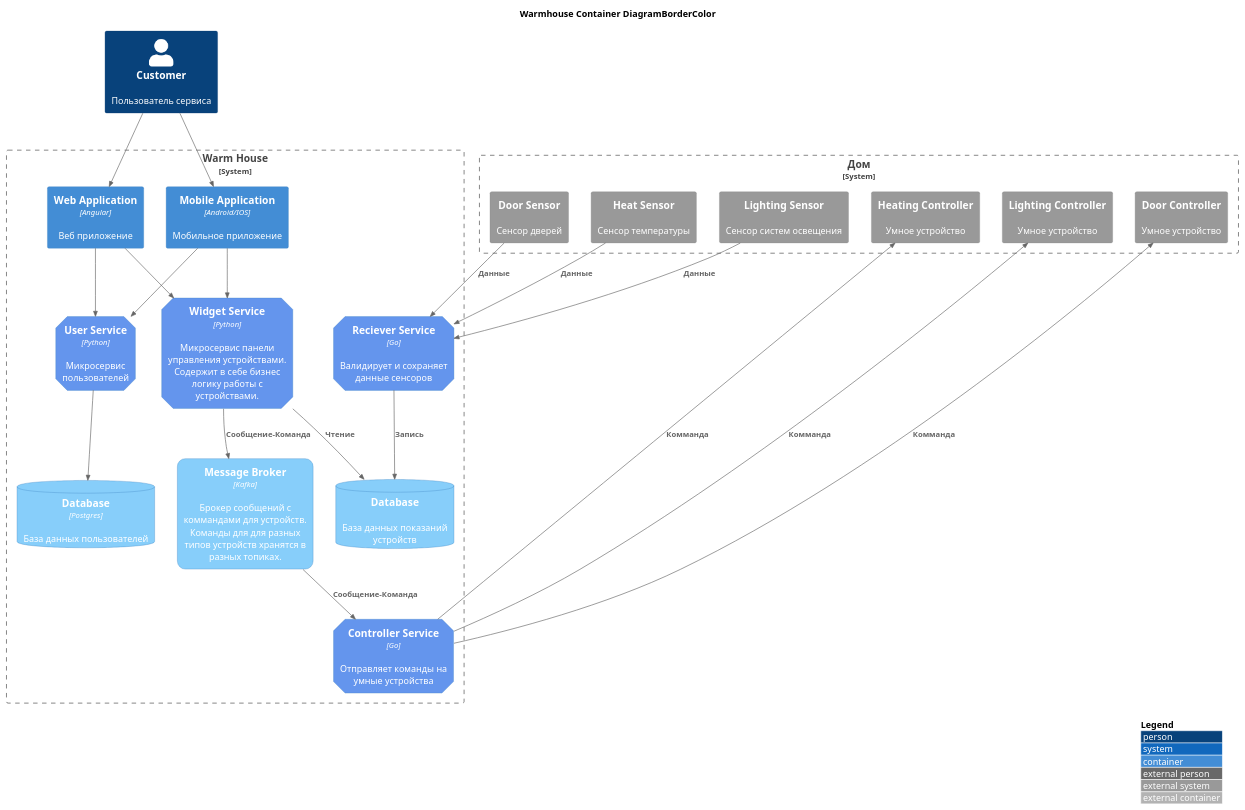
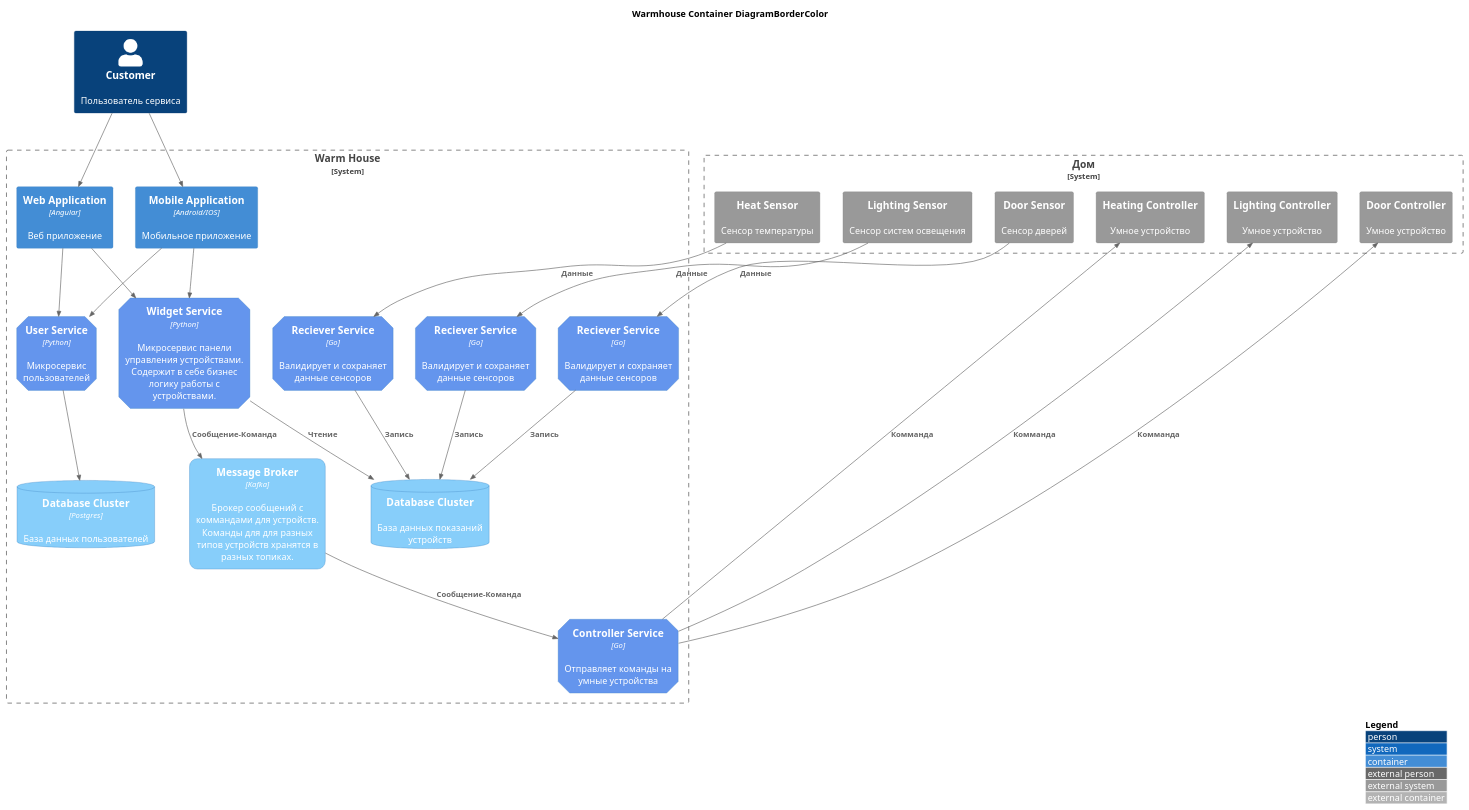
One commit to AlexanderSkySych/architecture-sprint-3 changed the diagram in dock/task_1/container/warmhouse_container.puml. Above: the diagram before and after it, drawn with PlantUML.

Commit message:
Add reciever separation

```diff
--- a/dock/task_1/container/warmhouse_container.puml
+++ b/dock/task_1/container/warmhouse_container.puml
@@ -1,60 +1,67 @@
 @startuml
 !include C4_Container.puml
 
 AddElementTag("microService", $shape=EightSidedShape(), $bgColor="CornflowerBlue", $fontColor="white", $legendText="micro service\neight sided")
 AddElementTag("storage", $shape=RoundedBoxShape(), $bgColor="lightSkyBlue", $fontColor="white")
 
 LAYOUT_TOP_DOWN()
 ' LAYOUT_AS_SKETCH()
 LAYOUT_WITH_LEGEND()
 
 title Warmhouse Container DiagramBorderColor
 Person(customer, Customer, "Пользователь сервиса")
 
 System_Boundary(house, "Дом") {
     System_Ext(sensor_heating, "Heat Sensor", "Сенсор температуры")
     System_Ext(sensor_lighting, "Lighting Sensor", "Сенсор систем освещения")
     System_Ext(sensor_door, "Door Sensor", "Сенсор дверей")
 
     System_Ext(controller_heating, "Heating Controller", "Умное устройство")
     System_Ext(controller_lighting, "Lighting Controller", "Умное устройство")
     System_Ext(controller_door, "Door Controller", "Умное устройство")
 }
 
 System_Boundary(warmhouse, "Warm House") {
     Container(app_web, "Web Application", "Angular", "Веб приложение")
     Container(app_mobile, "Mobile Application", "Android/IOS", "Мобильное приложение")
 
     Container(service_panel, "Widget Service", "Python", "Микросервис панели управления устройствами. Содержит в себе бизнес логику работы с устройствами.", $tags = "microService")
     Container(service_controller, "Controller Service", "Go", "Отправляет команды на умные устройства", $tags = "microService")
-    Container(service_reciever, "Reciever Service", "Go", "Валидирует и сохраняет данные сенсоров", $tags = "microService")
     Container(service_users, "User Service", "Python", "Микросервис пользователей", $tags = "microService")
+
+    Container(service_reciever_heating, "Reciever Service", "Go", "Валидирует и сохраняет данные сенсоров", $tags = "microService")
+    Container(service_reciever_lighting, "Reciever Service", "Go", "Валидирует и сохраняет данные сенсоров", $tags = "microService")
+    Container(service_reciever_door, "Reciever Service", "Go", "Валидирует и сохраняет данные сенсоров", $tags = "microService")
     
-    ContainerDb(database_reciever, "Database", "", "База данных показаний устройств", $tags = "storage")
-    ContainerDb(database_users, "Database", "Postgres", "База данных пользователей", $tags = "storage")
+    ContainerDb(database_reciever, "Database Cluster", "", "База данных показаний устройств", $tags = "storage")
+    
+    ContainerDb(database_users, "Database Cluster", "Postgres", "База данных пользователей", $tags = "storage")
     Container(queue_commands, "Message Broker", "Kafka", "Брокер сообщений с коммандами для устройств. Команды для для разных типов устройств хранятся в разных топиках.", $tags = "storage")
 }
 
 Rel(app_web, service_users, "")
 Rel(app_web, service_panel, "")
 Rel(app_mobile, service_users, "")
 Rel(app_mobile, service_panel, "")
 
 Rel_Back(controller_heating, service_controller, "Комманда")
 Rel_Back(controller_lighting, service_controller, "Комманда")
 Rel_Back(controller_door, service_controller, "Комманда")
 
 Rel(customer, app_web, "")
 Rel(customer, app_mobile, "")
 
-Rel(sensor_heating, service_reciever, "Данные")
-Rel(sensor_lighting, service_reciever, "Данные")
-Rel(sensor_door, service_reciever, "Данные")
+Rel(sensor_heating, service_reciever_heating, "Данные")
+Rel(sensor_lighting, service_reciever_lighting, "Данные")
+Rel(sensor_door, service_reciever_door, "Данные")
+
+Rel(service_reciever_heating, database_reciever, "Запись")
+Rel(service_reciever_lighting, database_reciever, "Запись")
+Rel(service_reciever_door, database_reciever, "Запись")
 
 Rel(service_panel, queue_commands, "Сообщение-Команда")
 Rel(queue_commands, service_controller, "Сообщение-Команда")
 
 Rel(service_users, database_users, "")
-Rel(service_reciever, database_reciever, "Запись")
 Rel(service_panel, database_reciever, "Чтение")
 @enduml
```
